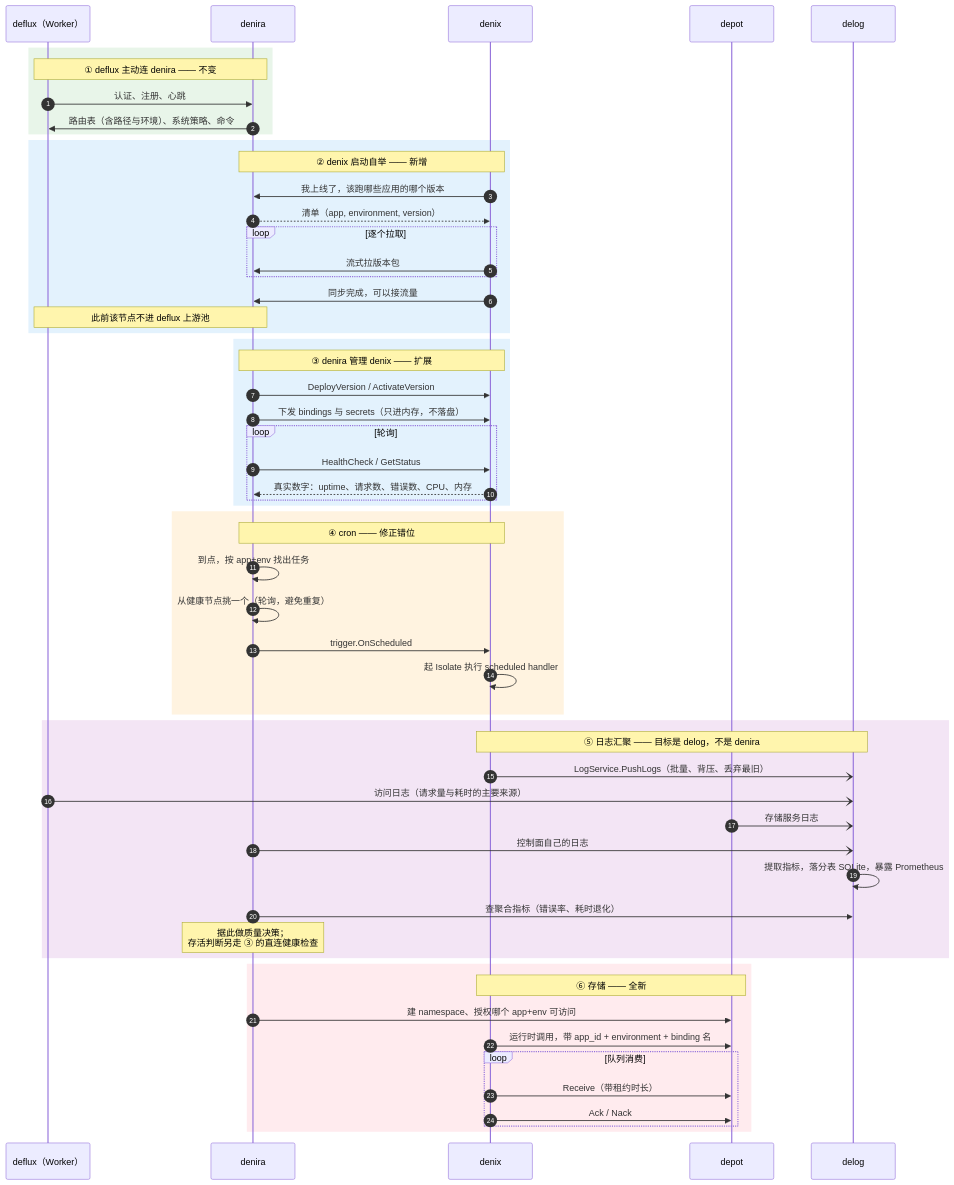
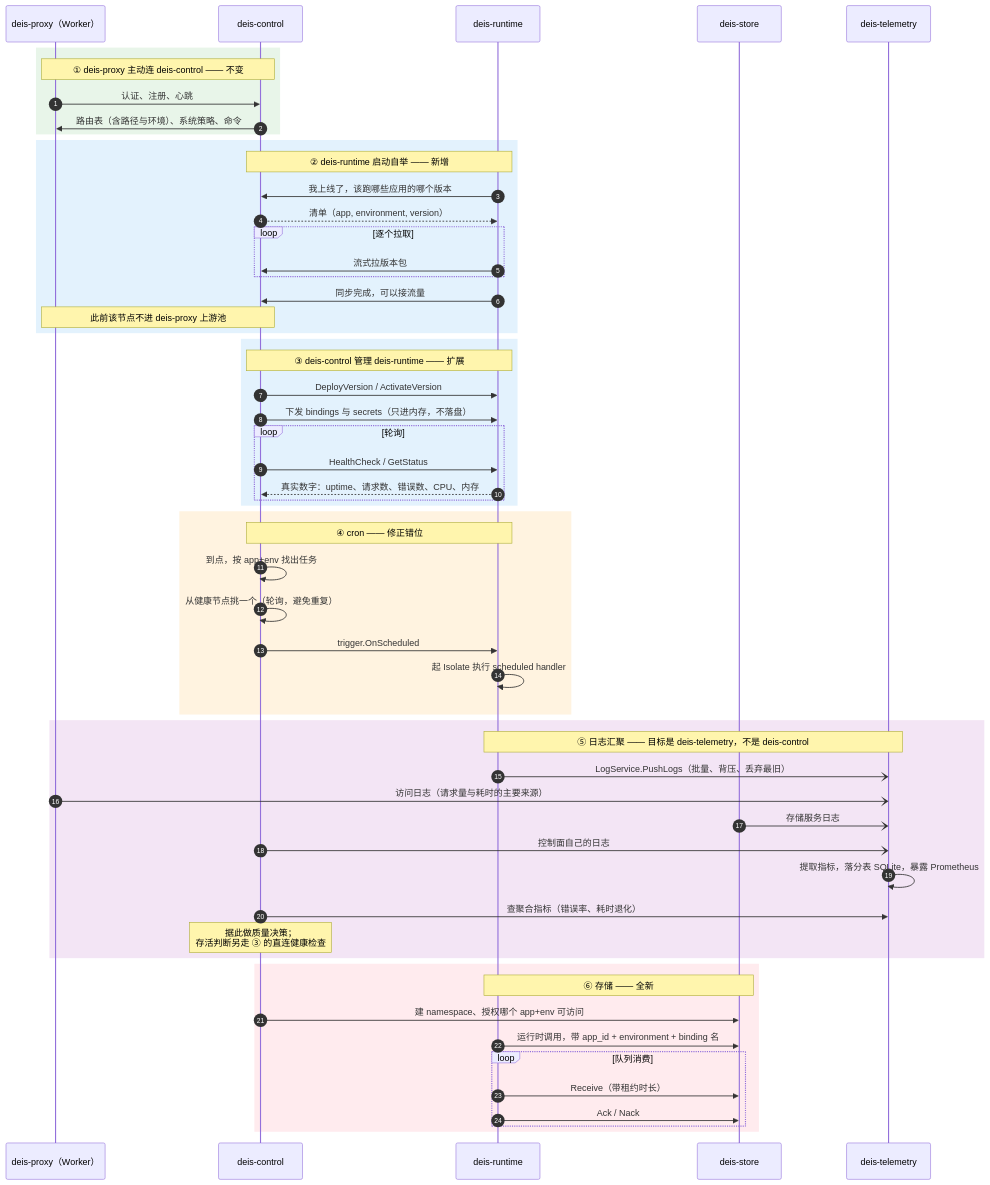
One commit to deislet/deislet changed the fifth of 6 diagrams in docs/architecture.zh.md. Above: the diagram before and after it, drawn with Mermaid. The commit also changed other lines of this file and 591 other files, not shown here.

````diff
--- a/docs/architecture.zh.md
+++ b/docs/architecture.zh.md
@@ -285,65 +285,65 @@
 ```mermaid
 sequenceDiagram
     autonumber
-    participant F as deflux（Worker）
-    participant R as denira
-    participant X as denix
-    participant D as depot
-    participant L as delog
+    participant F as deis-proxy（Worker）
+    participant R as deis-control
+    participant X as deis-runtime
+    participant D as deis-store
+    participant L as deis-telemetry
 
     rect rgb(232, 245, 233)
-    Note over F,R: ① deflux 主动连 denira —— 不变
+    Note over F,R: ① deis-proxy 主动连 deis-control —— 不变
     F->>R: 认证、注册、心跳
     R->>F: 路由表（含路径与环境）、系统策略、命令
     end
 
     rect rgb(227, 242, 253)
-    Note over X,R: ② denix 启动自举 —— 新增
+    Note over X,R: ② deis-runtime 启动自举 —— 新增
     X->>R: 我上线了，该跑哪些应用的哪个版本
     R-->>X: 清单（app, environment, version）
     loop 逐个拉取
         X->>R: 流式拉版本包
     end
     X->>R: 同步完成，可以接流量
-    Note over R,F: 此前该节点不进 deflux 上游池
+    Note over R,F: 此前该节点不进 deis-proxy 上游池
     end
 
     rect rgb(227, 242, 253)
-    Note over R,X: ③ denira 管理 denix —— 扩展
+    Note over R,X: ③ deis-control 管理 deis-runtime —— 扩展
     R->>X: DeployVersion / ActivateVersion
     R->>X: 下发 bindings 与 secrets（只进内存，不落盘）
     loop 轮询
         R->>X: HealthCheck / GetStatus
         X-->>R: 真实数字：uptime、请求数、错误数、CPU、内存
     end
     end
 
     rect rgb(255, 243, 224)
     Note over R,X: ④ cron —— 修正错位
     R->>R: 到点，按 app+env 找出任务
     R->>R: 从健康节点挑一个（轮询，避免重复）
     R->>X: trigger.OnScheduled
     X->>X: 起 Isolate 执行 scheduled handler
     end
 
     rect rgb(243, 229, 245)
-    Note over X,L: ⑤ 日志汇聚 —— 目标是 delog，不是 denira
+    Note over X,L: ⑤ 日志汇聚 —— 目标是 deis-telemetry，不是 deis-control
     X-)L: LogService.PushLogs（批量、背压、丢弃最旧）
     F-)L: 访问日志（请求量与耗时的主要来源）
     D-)L: 存储服务日志
     R-)L: 控制面自己的日志
     L->>L: 提取指标，落分表 SQLite，暴露 Prometheus
     R->>L: 查聚合指标（错误率、耗时退化）
     Note over R: 据此做质量决策；<br/>存活判断另走 ③ 的直连健康检查
     end
 
     rect rgb(255, 235, 238)
     Note over X,D: ⑥ 存储 —— 全新
     R->>D: 建 namespace、授权哪个 app+env 可访问
     X->>D: 运行时调用，带 app_id + environment + binding 名
     loop 队列消费
         X->>D: Receive（带租约时长）
         X->>D: Ack / Nack
     end
     end
 ```
````
